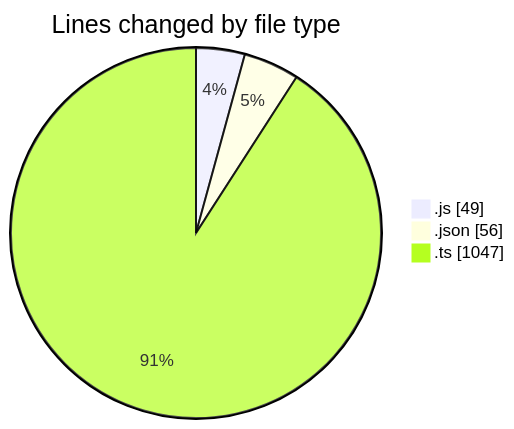
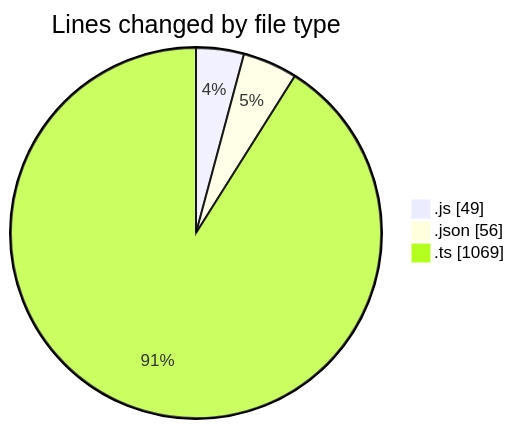
One commit to momahboobian/code-tracking changed the first of 2 diagrams in 2025-09-04/cda/README.md. Above: the diagram before and after it, drawn with Mermaid. The commit also changed other lines of this file and 1 other file, not shown here.

````diff
--- a/2025-09-04/cda/README.md
+++ b/2025-09-04/cda/README.md
@@ -23,7 +23,7 @@
 ```mermaid
 pie showData
 title Lines changed by file type
 ".js" : 49
 ".json" : 56
-".ts" : 1047
+".ts" : 1069
 ```
````
